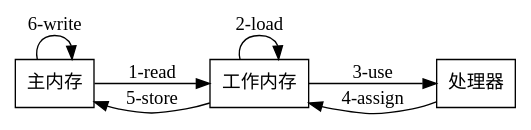
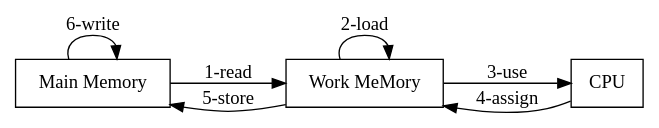
One commit to DengyuKing/blog changed the diagram in pic/Java/java内存模型.dot. Above: the diagram before and after it, drawn with Graphviz.

Commit message:
2020-01-12

```diff
--- a/pic/Java/java内存模型.dot
+++ b/pic/Java/java内存模型.dot
@@ -1,17 +1,17 @@
 digraph java_memory_model{
+    charset="UTF-8"
     rankdir=LR
     tilte="Java内存模型"
-    rank="min"
    
 
-    main_memory[label="主内存" shape="rect" ]
-    work_memory1[label="工作内存" shape="rect"]
-    cpu[label="处理器" shape="rect"]
+    main_memory[label="Main Memory" shape="rect" ]
+    work_memory1[label="Work MeMory" shape="rect"]
+    cpu[label="CPU" shape="rect"]
     main_memory->work_memory1[label="1-read"]
     work_memory1->work_memory1[label="2-load"]
     work_memory1->cpu[label="3-use"]
     cpu->work_memory1[label="4-assign"]
     work_memory1->main_memory[label="5-store" ]
     main_memory->main_memory[label="6-write"]
 
 }
```
